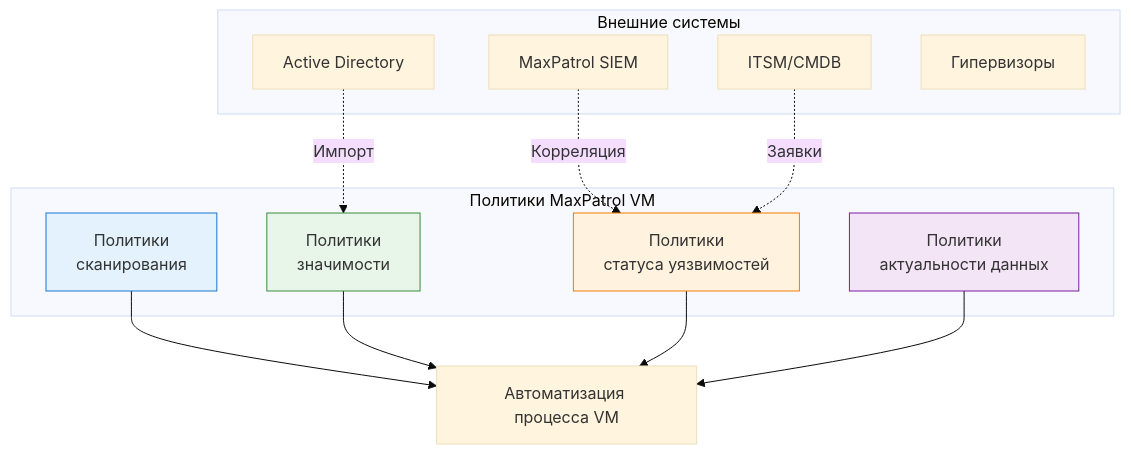
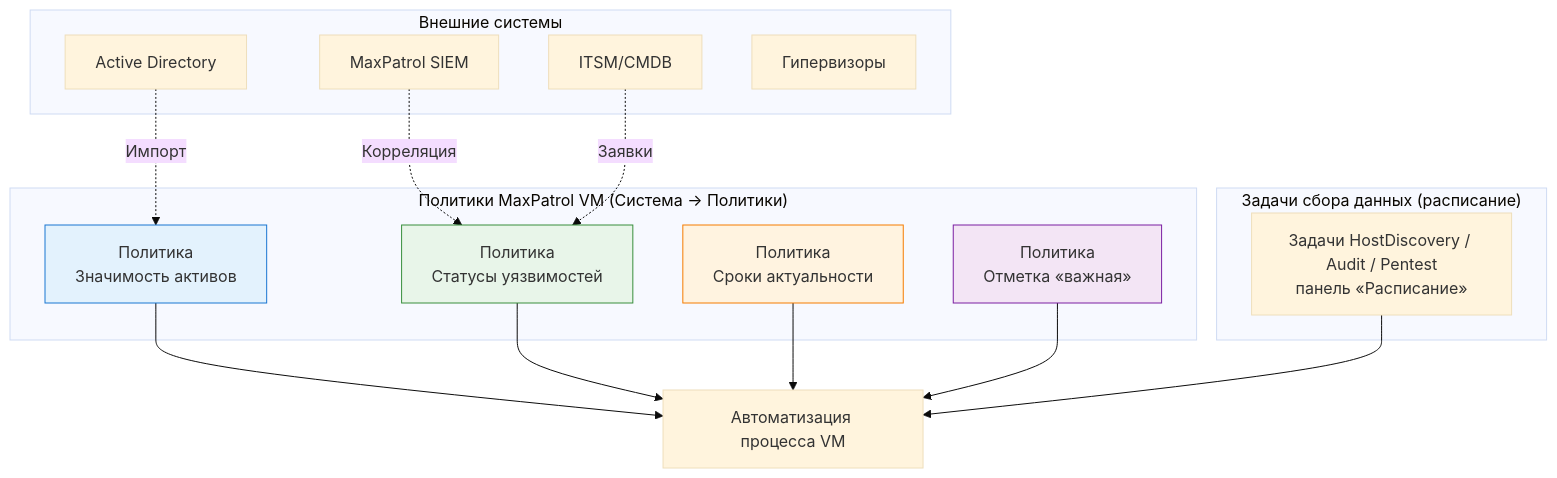
The first of 3 diagrams in InfoSec/PositiveTechnologies/MaxPatrol VM/6. Автоматизация и политики.md (ale88andr/obs-vault), drawn with Mermaid (base theme) before and after one commit. The commit also changed other lines of this file and 16 other files, not shown here.

````diff
--- a/InfoSec/PositiveTechnologies/MaxPatrol VM/6. Автоматизация и политики.md
+++ b/InfoSec/PositiveTechnologies/MaxPatrol VM/6. Автоматизация и политики.md
@@ -31,30 +34,35 @@
 ```mermaid
 graph TB
-    subgraph "Политики MaxPatrol VM"
-        P1[Политики<br/>сканирования]
-        P2[Политики<br/>значимости]
-        P3[Политики<br/>статуса уязвимостей]
-        P4[Политики<br/>актуальности данных]
+    subgraph "Политики MaxPatrol VM (Система → Политики)"
+        P1[Политика<br/>Значимость активов]
+        P2[Политика<br/>Статусы уязвимостей]
+        P3[Политика<br/>Сроки актуальности]
+        P4[Политика<br/>Отметка «важная»]
+    end
+
+    subgraph "Задачи сбора данных (расписание)"
+        T1[Задачи HostDiscovery / Audit / Pentest<br/>панель «Расписание»]
     end
 
     subgraph "Внешние системы"
         SIEM[MaxPatrol SIEM]
         AD[Active Directory]
         ITSM[ITSM/CMDB]
         VMWARE[Гипервизоры]
     end
 
     P1 --> A[Автоматизация процесса VM]
     P2 --> A
     P3 --> A
     P4 --> A
+    T1 --> A
 
-    AD -.->|Импорт| P2
-    SIEM -.->|Корреляция| P3
-    ITSM -.->|Заявки| P3
+    AD -.->|Импорт| P1
+    SIEM -.->|Корреляция| P2
+    ITSM -.->|Заявки| P2
 
     style P1 fill:#e3f2fd,stroke:#1976d2
     style P2 fill:#e8f5e9,stroke:#388e3c
     style P3 fill:#fff3e0,stroke:#f57c00
     style P4 fill:#f3e5f5,stroke:#7b1fa2
 ```
````
